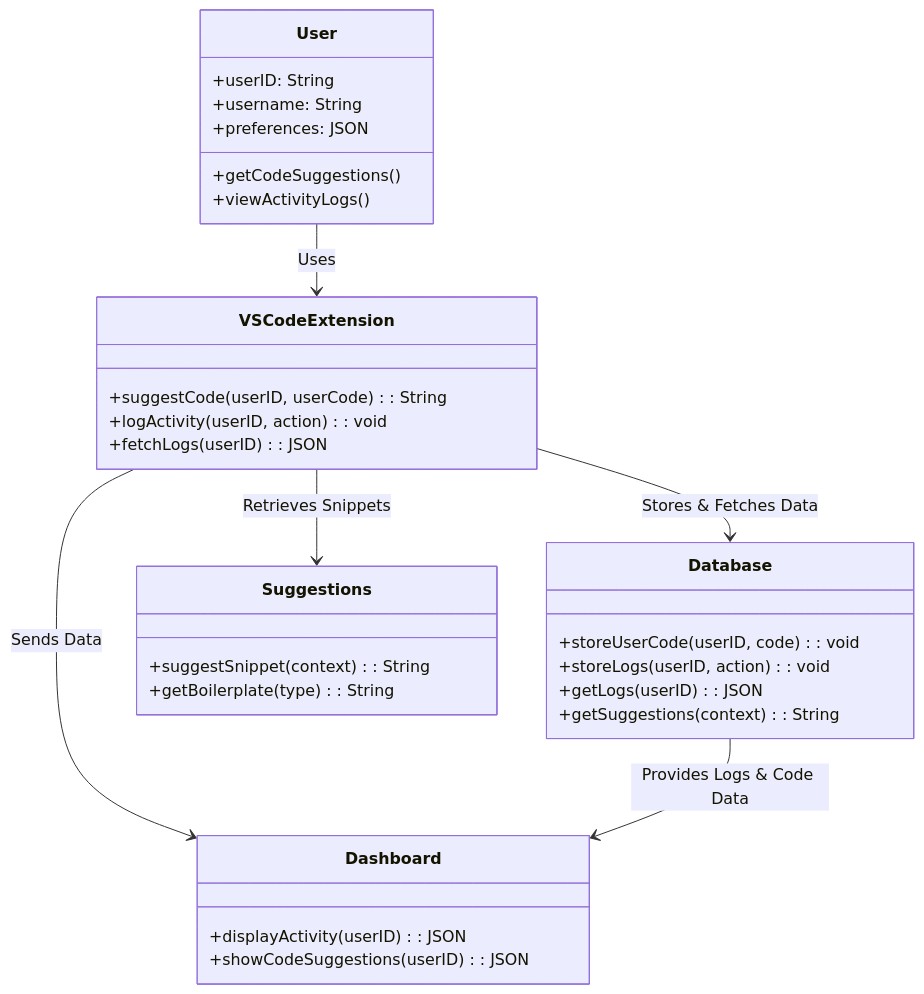
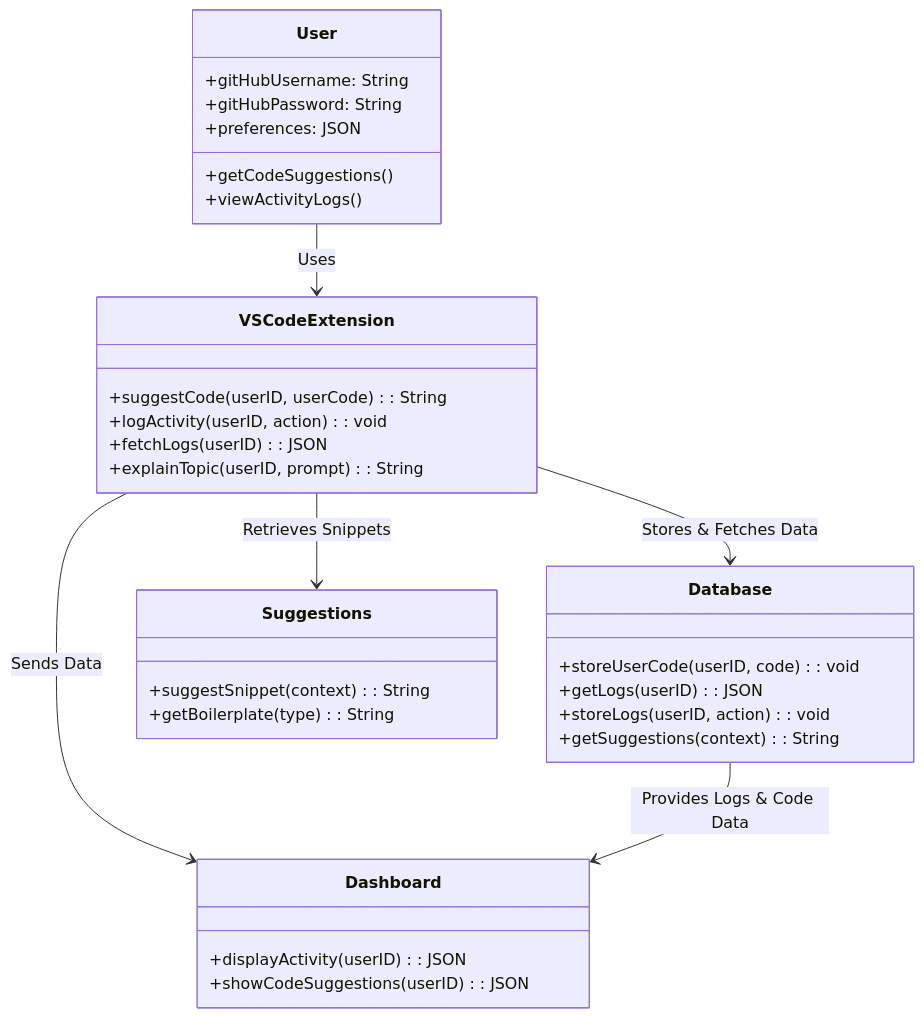
Before and after one commit to Capstone-Projects-2025-Spring/project-copilot-clone-1: the diagram in documentation/docs/system-architecture/class-diagram.md, drawn with Mermaid. The commit also changed other lines of this file, not shown here.

Commit message:
Minor changes to class diagrams

````diff
--- a/documentation/docs/system-architecture/class-diagram.md
+++ b/documentation/docs/system-architecture/class-diagram.md
@@ -9,45 +9,47 @@
 ```mermaid
 
 classDiagram
     direction TB
 
     class User {
-        +userID: String
-        +username: String
+        +gitHubUsername: String
+        +gitHubPassword: String
         +preferences: JSON
         +getCodeSuggestions()
         +viewActivityLogs()
     }
 
     class VSCodeExtension {
         +suggestCode(userID, userCode): String
         +logActivity(userID, action): void
         +fetchLogs(userID): JSON
+        +explainTopic(userID, prompt): String
     }
 
     class Database {
         +storeUserCode(userID, code): void
+        +getLogs(userID): JSON
         +storeLogs(userID, action): void
-        +getLogs(userID): JSON
         +getSuggestions(context): String
     }
 
     class Suggestions {
         +suggestSnippet(context): String
         +getBoilerplate(type): String
     }
 
     class Dashboard {
         +displayActivity(userID): JSON
         +showCodeSuggestions(userID): JSON
     }
 
     User --> VSCodeExtension : Uses
     VSCodeExtension --> Database : Stores & Fetches Data
     VSCodeExtension --> Suggestions : Retrieves Snippets
     VSCodeExtension --> Dashboard : Sends Data
     Database --> Dashboard : Provides Logs & Code Data
 
 
 
+
 ```
````
